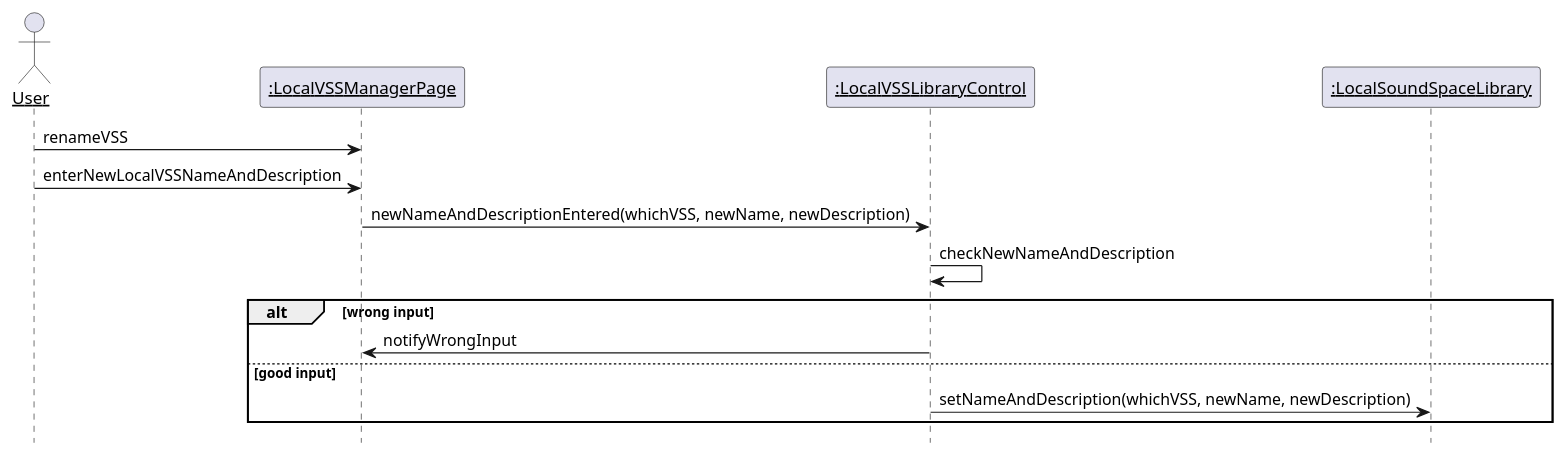
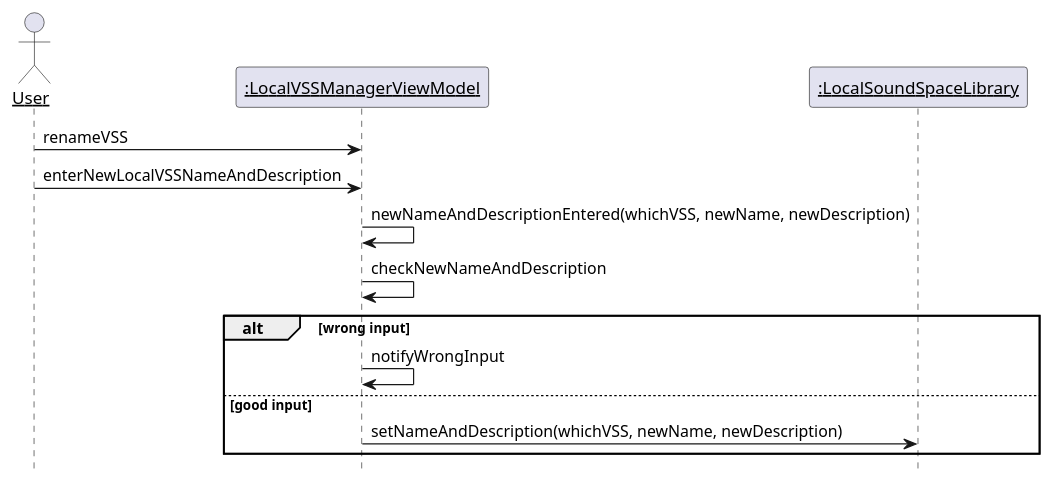
One commit to kpp19920121/doc changed diagram 13 of 26 in 设计/顺序图.md. Above: the diagram before and after it, drawn with PlantUML. The commit also changed other lines of this file and 6 other files, not shown here.

First line of the commit message:
修改顺序图到8

````diff
--- a/设计/顺序图.md
+++ b/设计/顺序图.md
@@ -492,22 +478,21 @@
 ```PlantUML
 @startuml Diagrams/RenameVSS
 hide footbox
 skinparam sequenceParticipant underline
 
 actor User as user
-participant ":LocalVSSManagerPage" as page
-participant ":LocalVSSLibraryControl" as control
+participant ":LocalVSSManagerViewModel" as page
 participant ":LocalSoundSpaceLibrary" as library
 
 user -> page: renameVSS
 user -> page: enterNewLocalVSSNameAndDescription
-page -> control: newNameAndDescriptionEntered(whichVSS, newName, newDescription)
-control -> control: checkNewNameAndDescription
+page -> page: newNameAndDescriptionEntered(whichVSS, newName, newDescription)
+page -> page: checkNewNameAndDescription
 alt wrong input
-    control -> page: notifyWrongInput
+    page -> page: notifyWrongInput
 else good input
-    control -> library: setNameAndDescription(whichVSS, newName, newDescription)
+    page -> library: setNameAndDescription(whichVSS, newName, newDescription)
 end
 
 @enduml
 ```
````
